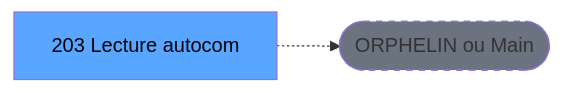
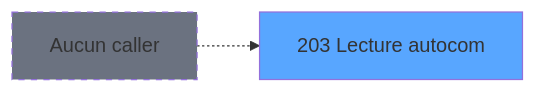
One commit to thonyAGP/lecteur-magic changed the second of 3 diagrams in .openspec/specs/ADH-IDE-203.md. Above: the diagram before and after it, drawn with Mermaid. The commit also changed other lines of this file and 96 other files, not shown here.

````diff
--- a/.openspec/specs/ADH-IDE-203.md
+++ b/.openspec/specs/ADH-IDE-203.md
@@ -117,8 +151,8 @@
 ```mermaid
 graph LR
-    T[203 Lecture autocom]
-    ORPHAN([ORPHELIN ou Main])
-    T -.-> ORPHAN
-    style T fill:#58a6ff,color:#000
-    style ORPHAN fill:#6b7280,stroke-dasharray: 5 5
+    T203[203 Lecture autocom]
+    style T203 fill:#58a6ff
+    NONE[Aucun caller]
+    NONE -.-> T203
+    style NONE fill:#6b7280,stroke-dasharray: 5 5
 ```
````
